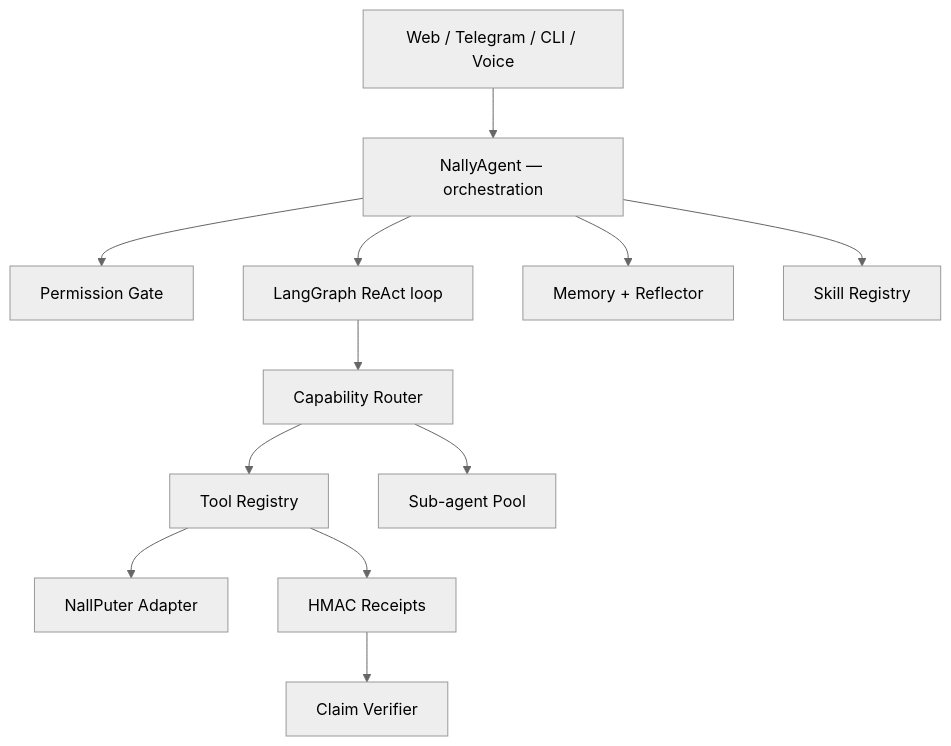
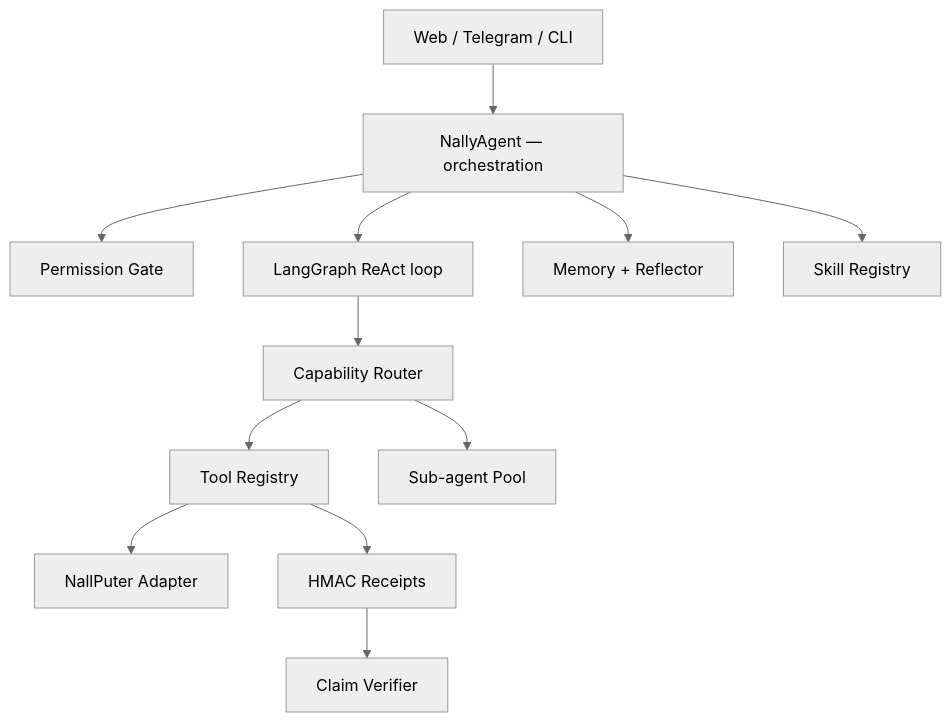
The diagram in README.md (Klyntech/N.A.L.L.Y), drawn with Mermaid (neutral theme) before and after one commit. The commit also changed other lines of this file and 11 other files, not shown here.

````diff
--- a/README.md
+++ b/README.md
@@ -35,14 +35,14 @@
 ```mermaid
 flowchart TD
-    UI[Web / Telegram / CLI / Voice] --> Agent[NallyAgent — orchestration]
+    UI[Web / Telegram / CLI] --> Agent[NallyAgent — orchestration]
     Agent --> Gate[Permission Gate]
     Agent --> Graph[LangGraph ReAct loop]
     Graph --> Router[Capability Router]
     Router --> Tools[Tool Registry]
     Router --> Sub[Sub-agent Pool]
     Tools --> Computer[NallPuter Adapter]
     Tools --> Receipts[HMAC Receipts]
     Receipts --> Verifier[Claim Verifier]
     Agent --> Memory[Memory + Reflector]
     Agent --> Skills[Skill Registry]
 ```
````
